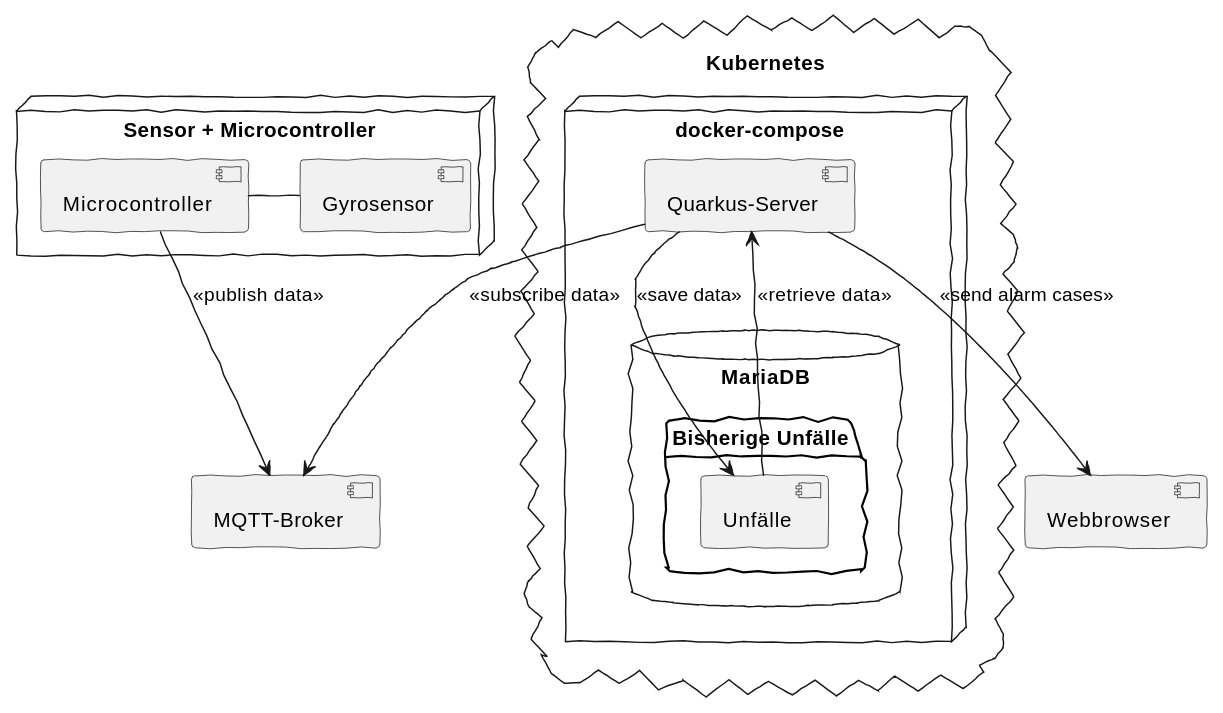
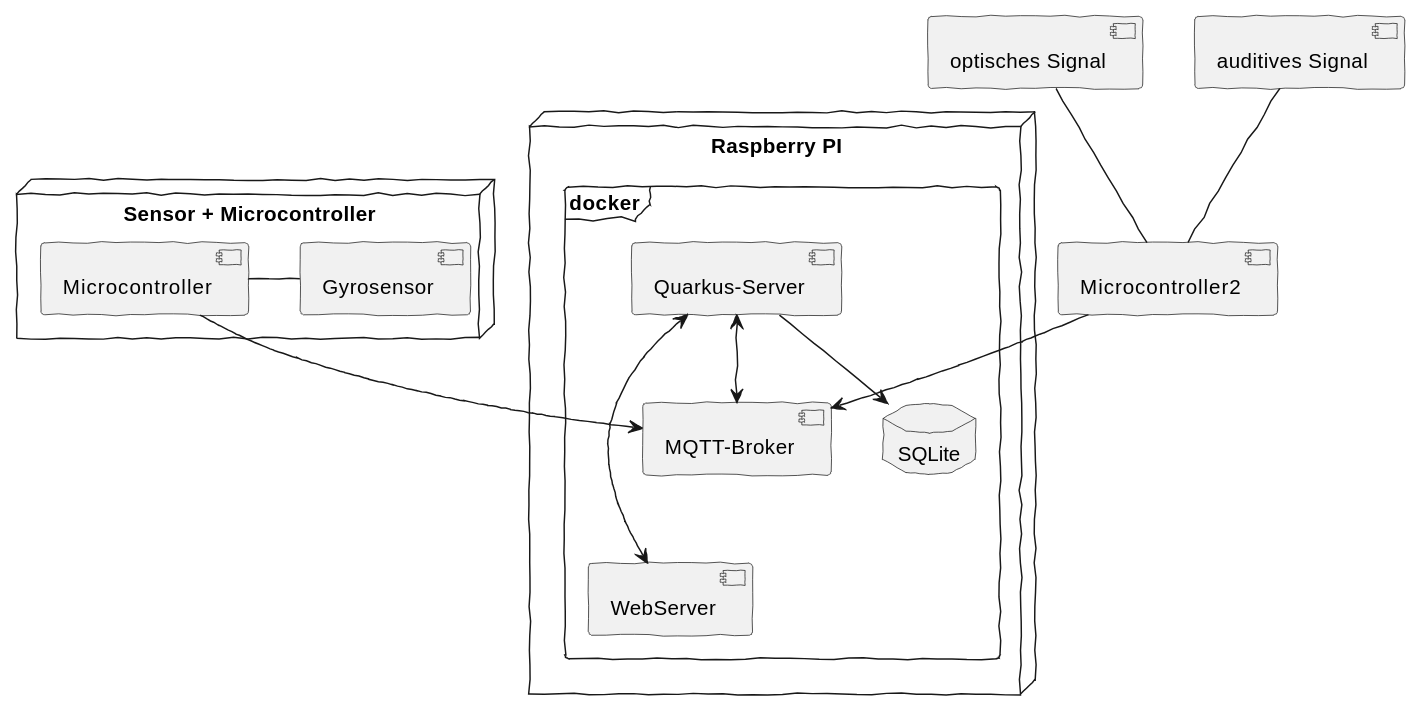
Before and after one commit to KonstantinFrank01/safer-pool-docs: the second of 4 diagrams in asciidocs/index.adoc, drawn with PlantUML.

Commit message:
The system architecture was changed due to the meeting with prof. stuetz on 24th of march

```diff
--- a/asciidocs/index.adoc
+++ b/asciidocs/index.adoc
@@ -92,30 +92,31 @@
 [plantuml]
 ----
 @startuml
 skinparam handwritten true
-cloud "Kubernetes" {
-    node "docker-compose" {
+
+    node "Raspberry PI" {
+        frame docker{
+        [MQTT-Broker]
+        [WebServer]
         [Quarkus-Server]
-        database "MariaDB" {
-            folder "Bisherige Unfälle" {
-                [Unfälle]
-            }
+        database "SQLite" {
         }
+          }
     }
-}
-
 node "Sensor + Microcontroller" {
     [Microcontroller] - [Gyrosensor]
 }
 
-[MQTT-Broker]
-[Webbrowser]
+[optisches Signal]
+[auditives Signal]
+[Microcontroller2]
 
-[Microcontroller] --> [MQTT-Broker] : << publish data >>
-[Quarkus-Server] --> [MQTT-Broker] : << subscribe data >>
-[Quarkus-Server] --> [Webbrowser] : << send alarm cases >>
-[Quarkus-Server] --> [Unfälle] : << save data >>
-[Unfälle] --> [Quarkus-Server] : << retrieve data >>
-
+[Microcontroller] --> [MQTT-Broker]
+[Quarkus-Server] <--> [MQTT-Broker]
+[Quarkus-Server] --> SQLite
+[Quarkus-Server] <---> WebServer
+[Microcontroller2] --> [MQTT-Broker]
+[optisches Signal] -- [Microcontroller2]
+[auditives Signal] -- [Microcontroller2]
 @enduml
 ----
```
